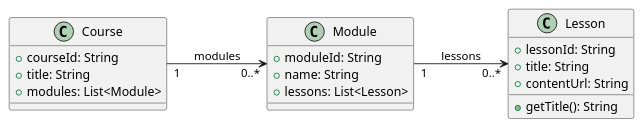
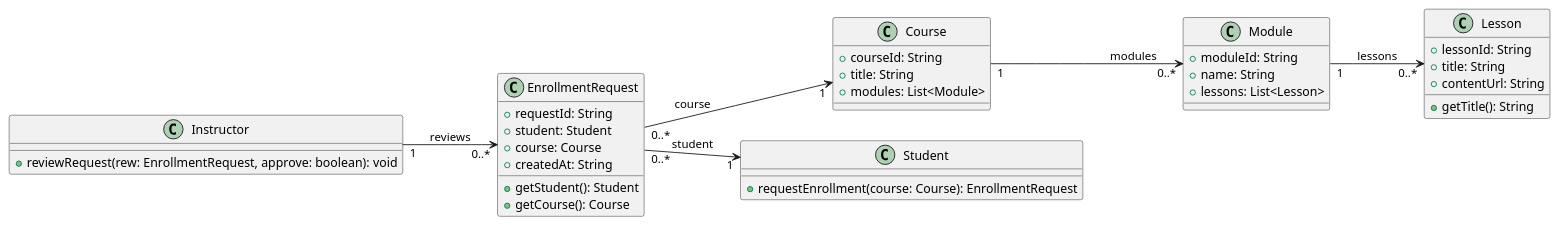
One commit to alex-temple/class_diagrams changed the diagram in class-diagram.puml. Above: the diagram before and after it, drawn with PlantUML. The commit also changed 5 other files, not shown here.

Commit message:
added enrollment request

```diff
--- a/class-diagram.puml
+++ b/class-diagram.puml
@@ -1,25 +1,45 @@
 @startuml
 left to right direction
 
 class Course {
     +courseId: String
     +title: String
     +modules: List<Module>
 }
 
 class Module {
     +moduleId: String
     +name: String
     +lessons: List<Lesson>
 }
 
 class Lesson {
     +lessonId: String
     +title: String
     +contentUrl: String
     +getTitle(): String
 }
 
+class Student {
+    +requestEnrollment(course: Course): EnrollmentRequest
+}
+
+class Instructor {
+    +reviewRequest(rew: EnrollmentRequest, approve: boolean): void
+}
+
+class EnrollmentRequest {
+    +requestId: String
+    +student: Student
+    +course: Course
+    +createdAt: String
+    +getStudent(): Student
+    +getCourse(): Course
+}
+
 Course "1" --> "0..*" Module : modules
 Module "1" --> "0..*" Lesson : lessons
+EnrollmentRequest "0..*" --> "1" Student : student
+EnrollmentRequest "0..*" --> "1" Course : course
+Instructor "1" --> "0..*" EnrollmentRequest : reviews
 @enduml
```
